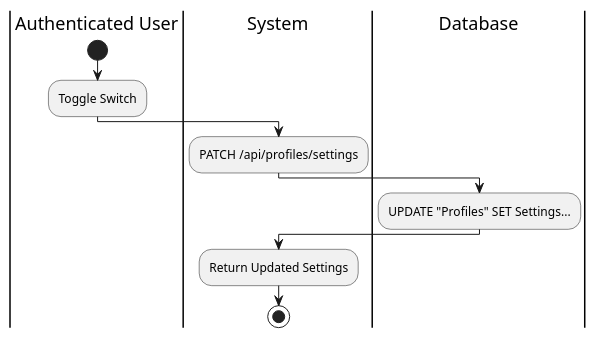
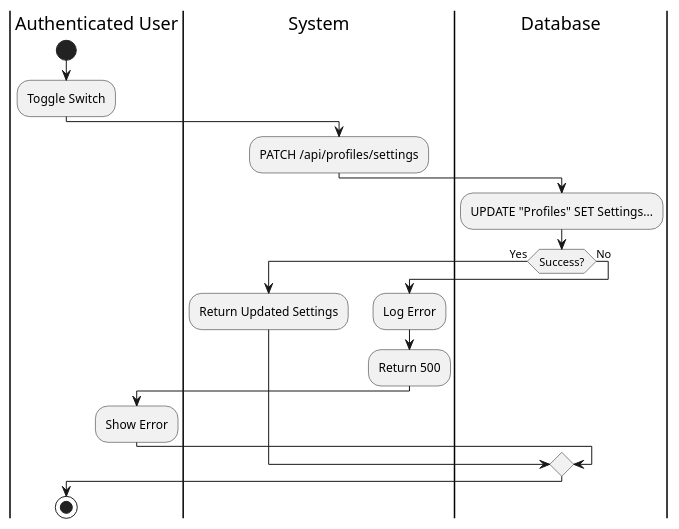
One commit to I-Love-U-3000/Favi-BE changed the ninth of 10 diagrams in UC_2.1.8_Monitor_Notification.md. Above: the diagram before and after it, drawn with PlantUML. The commit also changed other lines of this file and 4 other files, not shown here.

````diff
--- a/UC_2.1.8_Monitor_Notification.md
+++ b/UC_2.1.8_Monitor_Notification.md
@@ -342,14 +360,22 @@
 ```plantuml
 @startuml
 |Authenticated User|
 start
 :Toggle Switch;
 |System|
 :PATCH /api/profiles/settings;
 |Database|
 :UPDATE "Profiles" SET Settings...;
-|System|
-:Return Updated Settings;
+if (Success?) then (Yes)
+  |System|
+  :Return Updated Settings;
+else (No)
+  |System|
+  :Log Error;
+  :Return 500;
+  |Authenticated User|
+  :Show Error;
+endif
 stop
 @enduml
 ```
````
